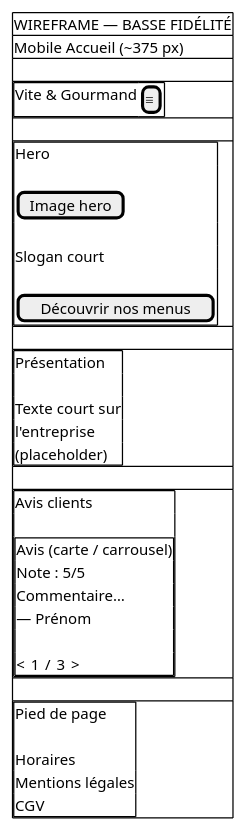
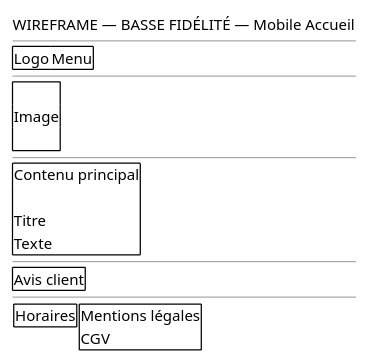
One commit to Meldince6790/vite-et-gourmand changed the diagram in docs/wireframes/wireframe-mobile-accueil.puml. Above: the diagram before and after it, drawn with PlantUML. The commit also changed 11 other files, not shown here.

```diff
--- a/docs/wireframes/wireframe-mobile-accueil.puml
+++ b/docs/wireframes/wireframe-mobile-accueil.puml
@@ -1,53 +1,40 @@
 @startsalt
-' WIREFRAME — BASSE FIDÉLITÉ
-' Mobile Accueil — ~375 px (indicatif)
+skinparam backgroundColor #FFFFFF
+skinparam defaultFontColor #000000
+skinparam shadowing false
+' WIREFRAME — BASSE FIDÉLITÉ — Mobile Accueil (blocs fonctionnels)
 {
-{#
-WIREFRAME — BASSE FIDÉLITÉ
-Mobile Accueil (~375 px)
+WIREFRAME — BASSE FIDÉLITÉ — Mobile Accueil
+----
+{+
+Logo | Menu
+}
+----
+{+
 .
+Image
+.
+}
+----
 {+
-Vite & Gourmand | [≡]
+Contenu principal
+.
+Titre
+Texte
 }
-.
+----
 {+
-Hero
-.
-[Image hero]
-.
-Slogan court
-.
-[Découvrir nos menus]
+Avis client
 }
-.
+----
+{
 {+
-Présentation
-.
-Texte court sur
-l'entreprise
-(placeholder)
-}
-.
+Horaires
+} |
 {+
-Avis clients
-.
-{+
-Avis (carte / carrousel)
-Note : 5/5
-Commentaire…
-— Prénom
-.
-<  1 / 3  >
-}
-}
-.
-{+
-Pied de page
-.
-Horaires
 Mentions légales
 CGV
 }
 }
 }
 @endsalt
```
